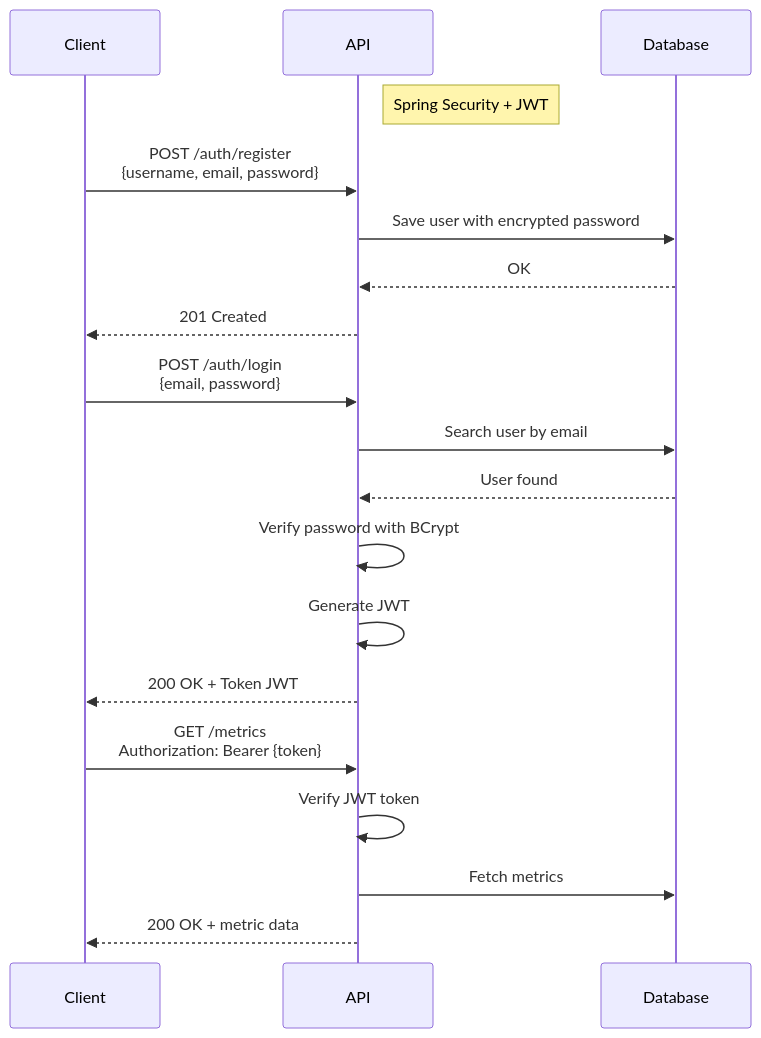
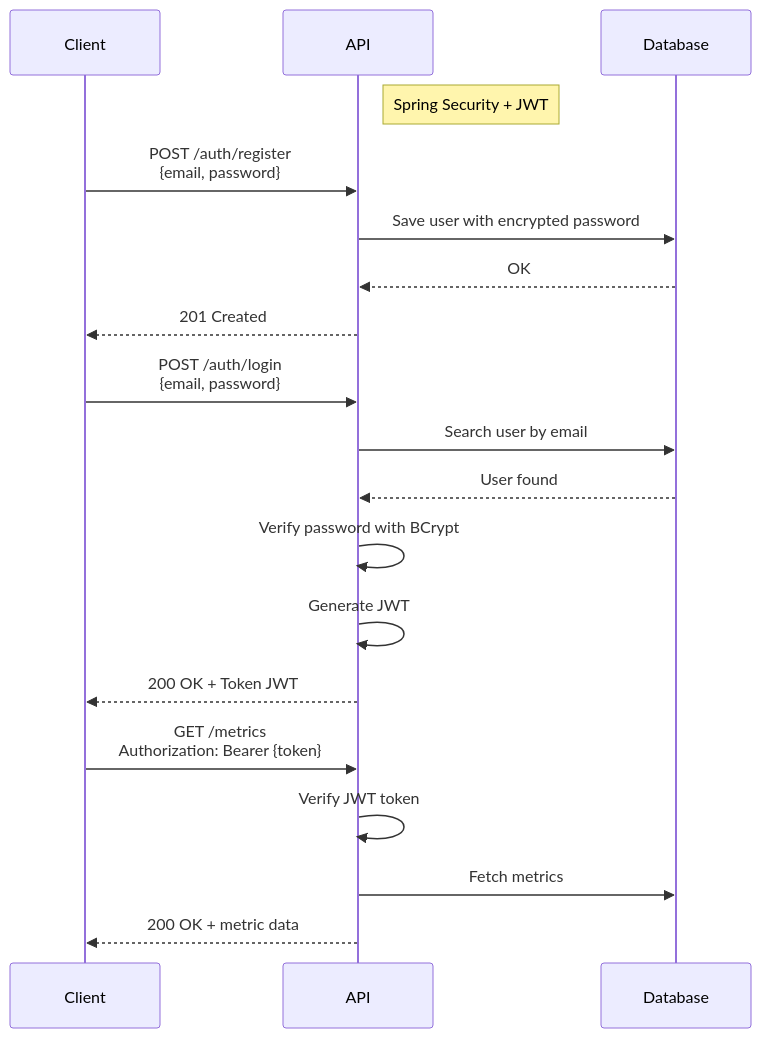
The diagram in README.md (arthurguerra/url-shortener), drawn with Mermaid before and after one commit.

Commit message:
docs(readme): fix mermaid diagram

````diff
--- a/README.md
+++ b/README.md
@@ -7,25 +7,25 @@
 ```mermaid
 sequenceDiagram
     participant C as Client
     participant A as API
     participant DB as Database
     Note right of A: Spring Security + JWT
 
-    C->>A: POST /auth/register<br>{username, email, password}
+    C->>A: POST /auth/register<br>{email, password}
     A->>DB: Save user with encrypted password
     DB-->>A: OK
     A-->>C: 201 Created
 
     C->>A: POST /auth/login<br>{email, password}
     A->>DB: Search user by email
     DB-->>A: User found
     A->>A: Verify password with BCrypt
     A->>A: Generate JWT
     A-->>C: 200 OK + Token JWT
 
     C->>A: GET /metrics<br>Authorization: Bearer {token}
     A->>A: Verify JWT token
     A->>DB: Fetch metrics
     A-->>C: 200 OK + metric data
 
 ```
````
